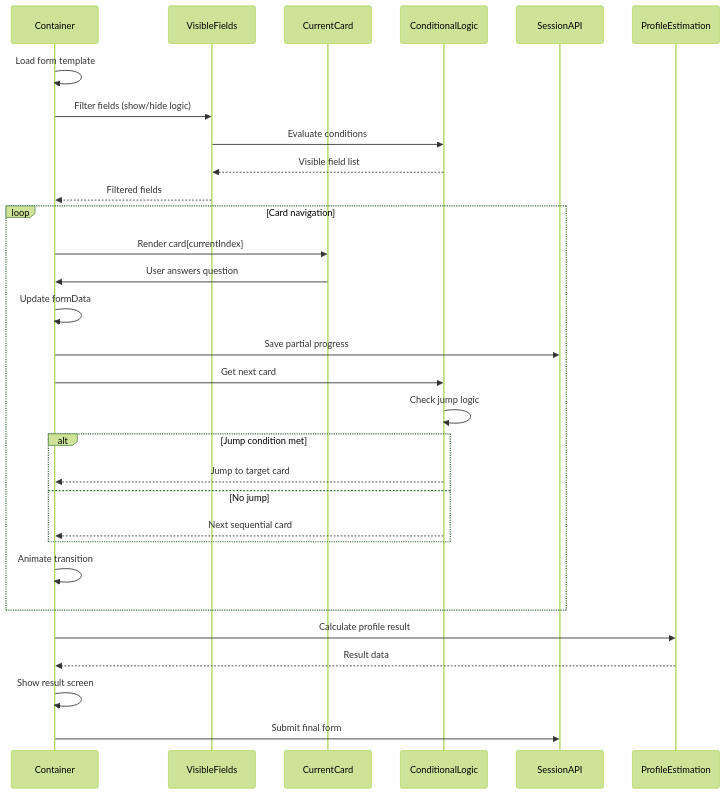
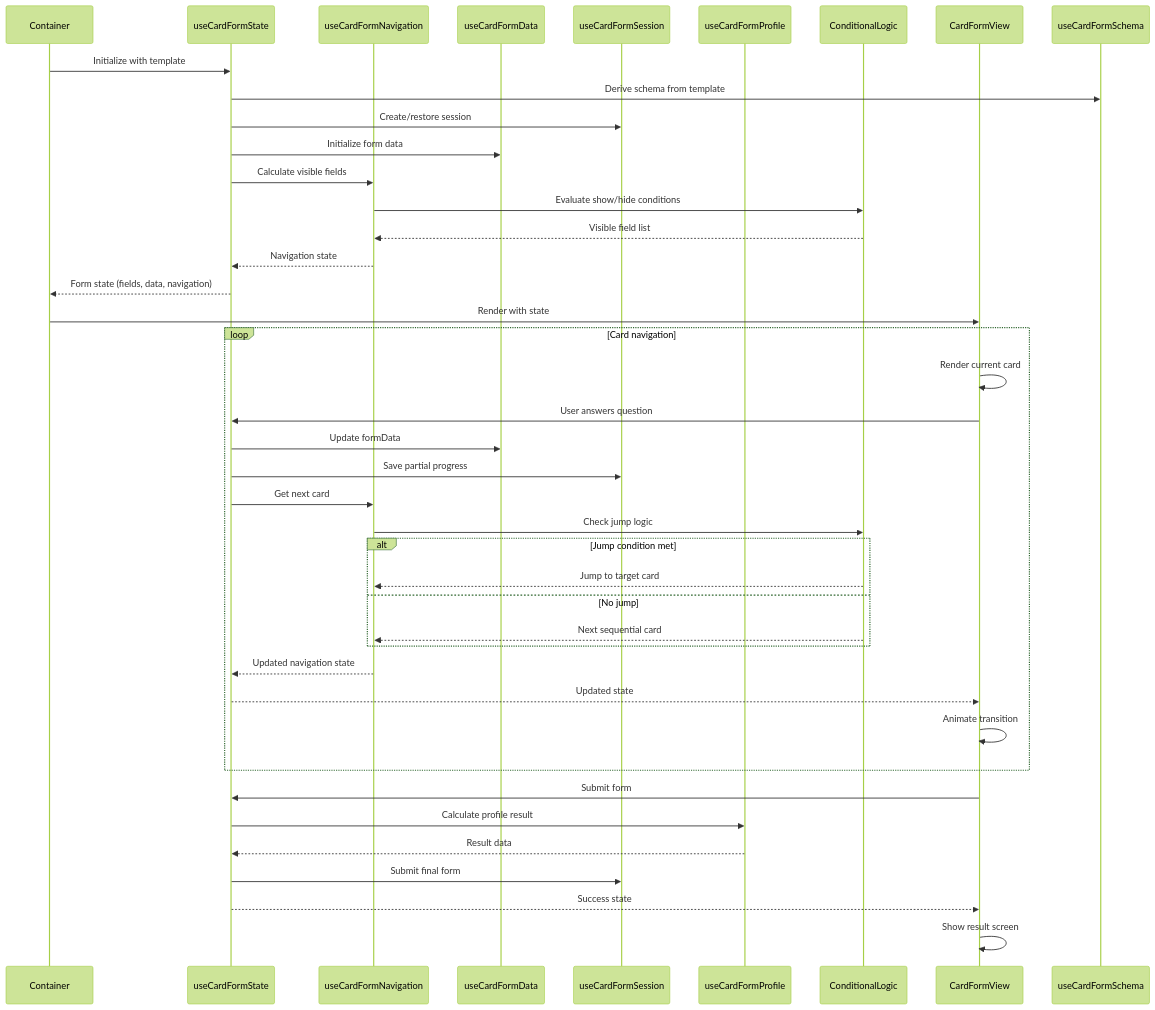
The third of 11 diagrams in .helper/architecture/08-form-system.md (KennethAtchon/Loctelli), drawn with Mermaid (forest theme) before and after one commit. The commit also changed other lines of this file and 14 other files, not shown here.

First line of the commit message:
Enhance card form architecture and introduce new hooks for data management

````diff
--- a/.helper/architecture/08-form-system.md
+++ b/.helper/architecture/08-form-system.md
@@ -179,35 +239,47 @@
 ```mermaid
 sequenceDiagram
     participant Container
-    participant VisibleFields
-    participant CurrentCard
+    participant useCardFormState
+    participant useCardFormNavigation
+    participant useCardFormData
+    participant useCardFormSession
+    participant useCardFormProfile
     participant ConditionalLogic
-    participant SessionAPI
-    participant ProfileEstimation
+    participant CardFormView
 
-    Container->>Container: Load form template
-    Container->>VisibleFields: Filter fields (show/hide logic)
-    VisibleFields->>ConditionalLogic: Evaluate conditions
-    ConditionalLogic-->>VisibleFields: Visible field list
-    VisibleFields-->>Container: Filtered fields
+    Container->>useCardFormState: Initialize with template
+    useCardFormState->>useCardFormSchema: Derive schema from template
+    useCardFormState->>useCardFormSession: Create/restore session
+    useCardFormState->>useCardFormData: Initialize form data
+    useCardFormState->>useCardFormNavigation: Calculate visible fields
+    useCardFormNavigation->>ConditionalLogic: Evaluate show/hide conditions
+    ConditionalLogic-->>useCardFormNavigation: Visible field list
+    useCardFormNavigation-->>useCardFormState: Navigation state
+    
+    useCardFormState-->>Container: Form state (fields, data, navigation)
+    Container->>CardFormView: Render with state
     
     loop Card navigation
-        Container->>CurrentCard: Render card[currentIndex]
-        CurrentCard->>Container: User answers question
-        Container->>Container: Update formData
-        Container->>SessionAPI: Save partial progress
-        Container->>ConditionalLogic: Get next card
-        ConditionalLogic->>ConditionalLogic: Check jump logic
+        CardFormView->>CardFormView: Render current card
+        CardFormView->>useCardFormState: User answers question
+        useCardFormState->>useCardFormData: Update formData
+        useCardFormState->>useCardFormSession: Save partial progress
+        useCardFormState->>useCardFormNavigation: Get next card
+        useCardFormNavigation->>ConditionalLogic: Check jump logic
         alt Jump condition met
-            ConditionalLogic-->>Container: Jump to target card
+            ConditionalLogic-->>useCardFormNavigation: Jump to target card
         else No jump
-            ConditionalLogic-->>Container: Next sequential card
+            ConditionalLogic-->>useCardFormNavigation: Next sequential card
         end
-        Container->>Container: Animate transition
+        useCardFormNavigation-->>useCardFormState: Updated navigation state
+        useCardFormState-->>CardFormView: Updated state
+        CardFormView->>CardFormView: Animate transition
     end
     
-    Container->>ProfileEstimation: Calculate profile result
-    ProfileEstimation-->>Container: Result data
-    Container->>Container: Show result screen
-    Container->>SessionAPI: Submit final form
+    CardFormView->>useCardFormState: Submit form
+    useCardFormState->>useCardFormProfile: Calculate profile result
+    useCardFormProfile-->>useCardFormState: Result data
+    useCardFormState->>useCardFormSession: Submit final form
+    useCardFormState-->>CardFormView: Success state
+    CardFormView->>CardFormView: Show result screen
 ```
````
